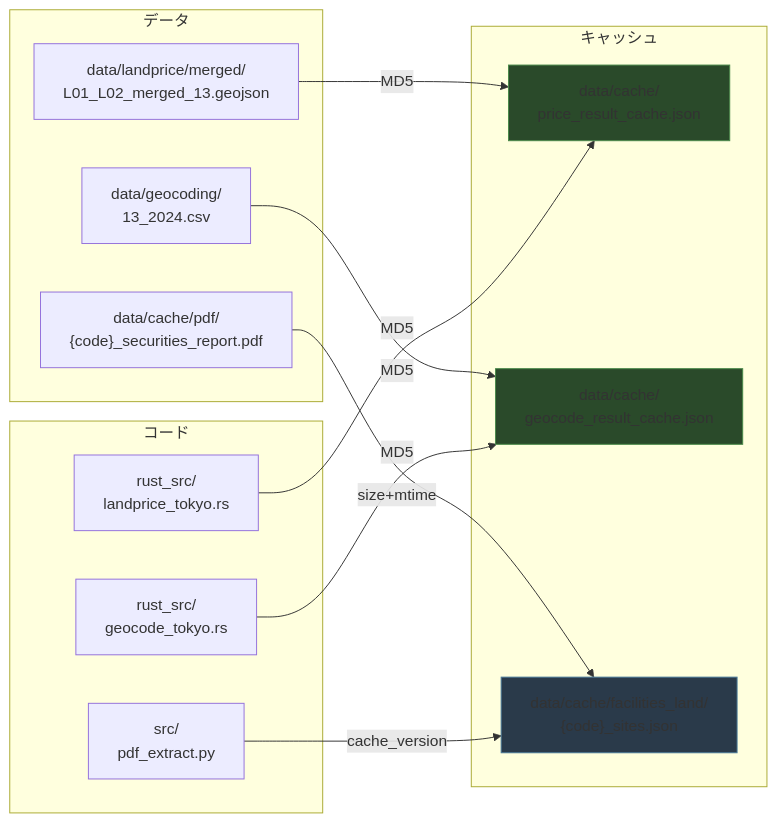
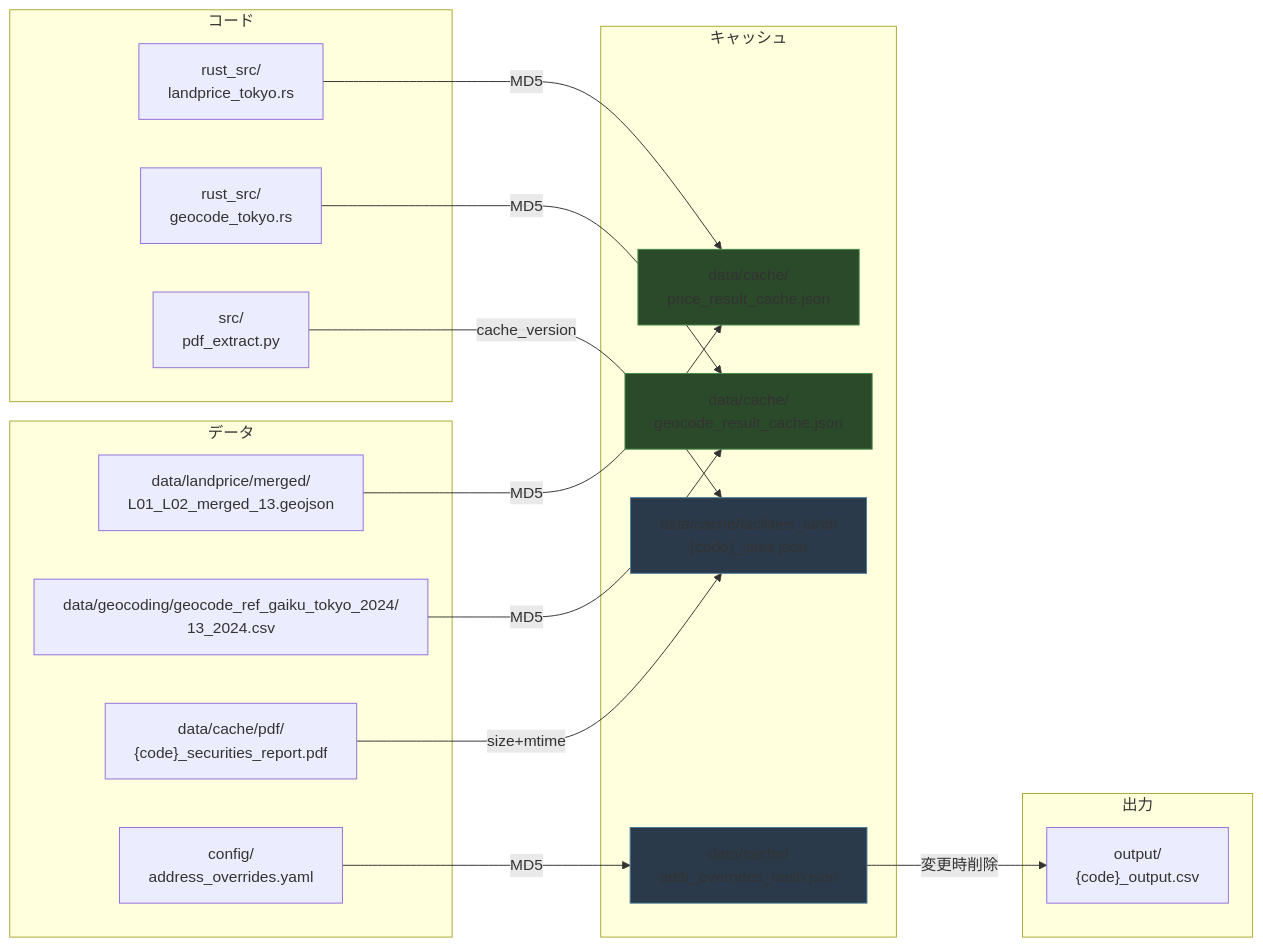
The diagram in ARCHITECTURE.md (expgolemclone/land_value_research), drawn with Mermaid before and after one commit. The commit also changed other lines of this file, not shown here.

Commit message:
docs: ARCHITECTURE.md更新

````diff
--- a/ARCHITECTURE.md
+++ b/ARCHITECTURE.md
@@ -7,33 +7,43 @@
 ```mermaid
 graph LR
     subgraph データ
         GeoJSON["data/landprice/merged/<br>L01_L02_merged_13.geojson"]
-        GaikuCSV["data/geocoding/<br>13_2024.csv"]
+        GaikuCSV["data/geocoding/geocode_ref_gaiku_tokyo_2024/<br>13_2024.csv"]
         PDF["data/cache/pdf/<br>{code}_securities_report.pdf"]
+        AddrYAML["config/<br>address_overrides.yaml"]
     end
 
     subgraph コード
         LandpriceRS["rust_src/<br>landprice_tokyo.rs"]
         GeocodeRS["rust_src/<br>geocode_tokyo.rs"]
         PdfExtract["src/<br>pdf_extract.py"]
     end
 
     subgraph キャッシュ
         PriceCache["data/cache/<br>price_result_cache.json"]
         GeocodeCache["data/cache/<br>geocode_result_cache.json"]
         FacilitiesCache["data/cache/facilities_land/<br>{code}_sites.json"]
+        AddrHash["data/cache/<br>addr_overrides_hash.json"]
+    end
+
+    subgraph 出力
+        OutputCSV["output/<br>{code}_output.csv"]
     end
 
     GeoJSON -->|MD5| PriceCache
     LandpriceRS -->|MD5| PriceCache
 
     GaikuCSV -->|MD5| GeocodeCache
     GeocodeRS -->|MD5| GeocodeCache
 
     PDF -->|size+mtime| FacilitiesCache
     PdfExtract -->|cache_version| FacilitiesCache
 
+    AddrYAML -->|MD5| AddrHash
+    AddrHash -->|変更時削除| OutputCSV
+
     style PriceCache fill:#2a4a2a,stroke:#4a8a4a
     style GeocodeCache fill:#2a4a2a,stroke:#4a8a4a
     style FacilitiesCache fill:#2a3a4a,stroke:#4a7a9a
+    style AddrHash fill:#2a3a4a,stroke:#4a7a9a
 ```
````
